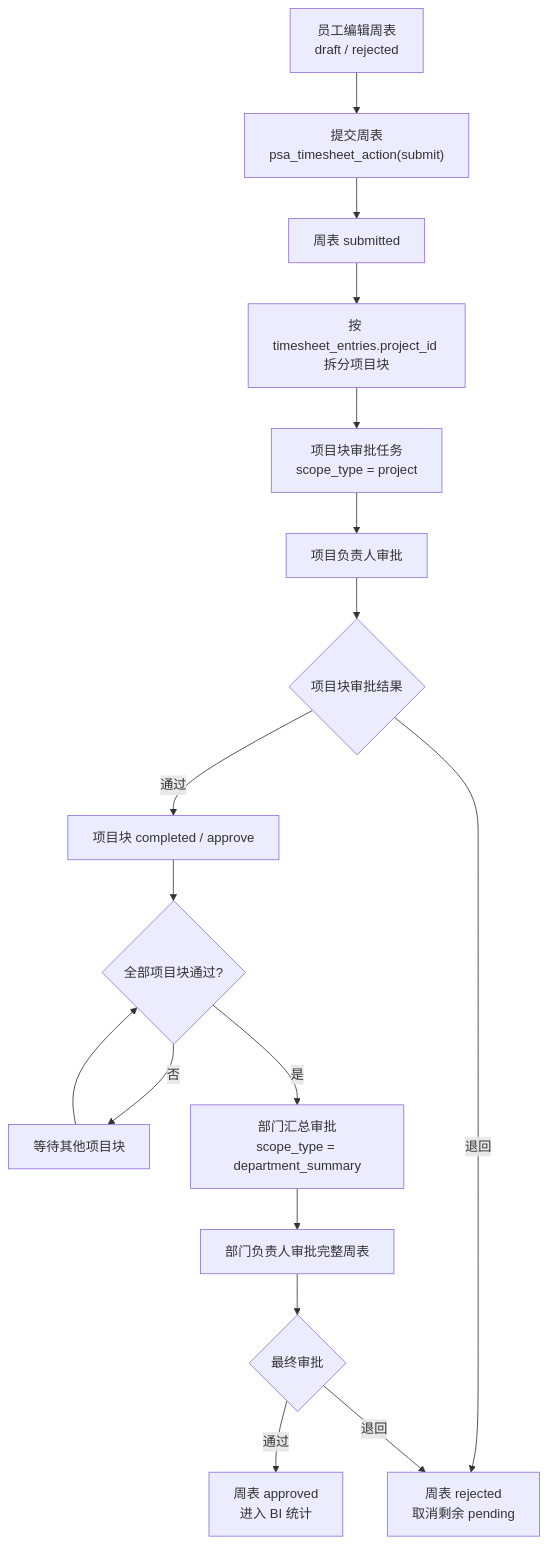
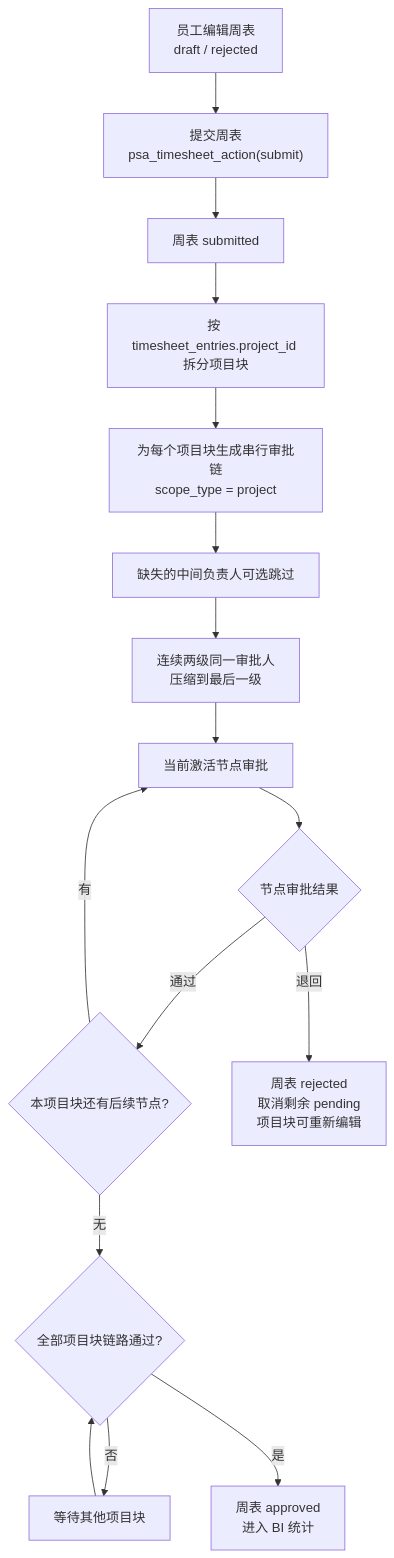
The fifth of 6 diagrams in PRD.md (RCHui000/attendance-module), drawn with Mermaid before and after one commit. The commit also changed other lines of this file and 5 other files, not shown here.

Commit message:
Add serial timesheet approval graph routing

````diff
--- a/PRD.md
+++ b/PRD.md
@@ -341,19 +341,18 @@
 ```mermaid
 flowchart TD
   DRAFT["员工编辑周表<br/>draft / rejected"] --> SUBMIT["提交周表<br/>psa_timesheet_action(submit)"]
   SUBMIT --> LOCK["周表 submitted"]
   LOCK --> SPLIT["按 timesheet_entries.project_id 拆分项目块"]
-  SPLIT --> PROJECT_TASK["项目块审批任务<br/>scope_type = project"]
-  PROJECT_TASK --> PROJECT_OWNER["项目负责人审批"]
-  PROJECT_OWNER --> PROJECT_DECISION{"项目块审批结果"}
-  PROJECT_DECISION -->|"通过"| PROJECT_DONE["项目块 completed / approve"]
-  PROJECT_DECISION -->|"退回"| REJECTED["周表 rejected<br/>取消剩余 pending"]
-  PROJECT_DONE --> ALL_DONE{"全部项目块通过?"}
+  SPLIT --> CHAIN["为每个项目块生成串行审批链<br/>scope_type = project"]
+  CHAIN --> OPTIONAL["缺失的中间负责人可选跳过"]
+  OPTIONAL --> COMPRESS["连续两级同一审批人<br/>压缩到最后一级"]
+  COMPRESS --> REVIEW["当前激活节点审批"]
+  REVIEW --> DECISION{"节点审批结果"}
+  DECISION -->|"通过"| NEXT{"本项目块还有后续节点?"}
+  NEXT -->|"有"| REVIEW
+  NEXT -->|"无"| ALL_DONE{"全部项目块链路通过?"}
   ALL_DONE -->|"否"| WAIT["等待其他项目块"]
   WAIT --> ALL_DONE
-  ALL_DONE -->|"是"| SUMMARY["部门汇总审批<br/>scope_type = department_summary"]
-  SUMMARY --> DEPT_HEAD["部门负责人审批完整周表"]
-  DEPT_HEAD --> FINAL{"最终审批"}
-  FINAL -->|"通过"| APPROVED["周表 approved<br/>进入 BI 统计"]
-  FINAL -->|"退回"| REJECTED
+  ALL_DONE -->|"是"| APPROVED["周表 approved<br/>进入 BI 统计"]
+  DECISION -->|"退回"| REJECTED["周表 rejected<br/>取消剩余 pending<br/>项目块可重新编辑"]
 ```
````
